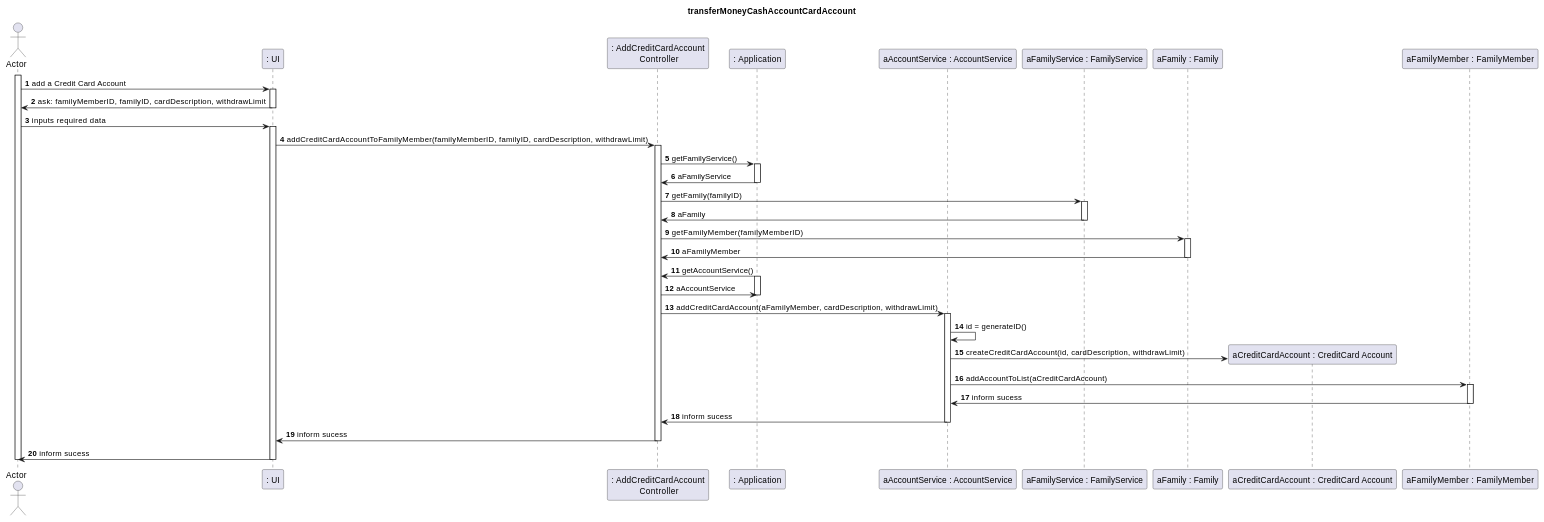
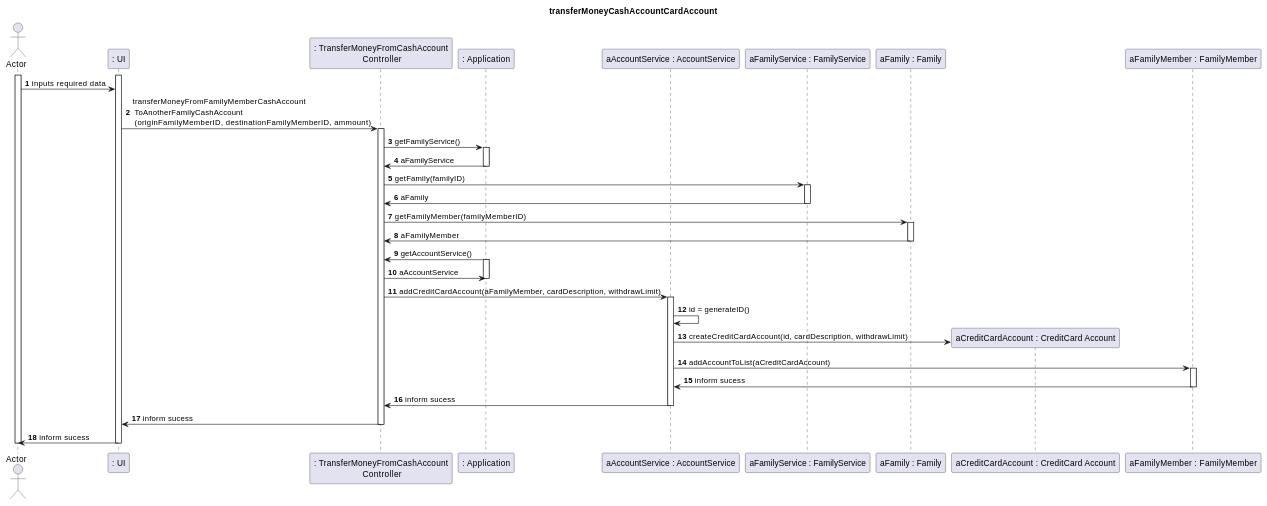
The third of 4 diagrams in docs/sprint2/user_stories/US180_TransferMoneyFamilyMemberToFamilyMember.md (tomas-osswald/switch_2020_g3), drawn with PlantUML before and after one commit. The commit also changed 1 other file, not shown here.

Commit message:
added TransferMoney method to AccountService

````diff
--- a/docs/sprint2/user_stories/US180_TransferMoneyFamilyMemberToFamilyMember.md
+++ b/docs/sprint2/user_stories/US180_TransferMoneyFamilyMemberToFamilyMember.md
@@ -131,65 +131,60 @@
 ``` puml
 autonumber 1
 title transferMoneyCashAccountCardAccount
 actor "Actor" as actor
 participant ": UI" as UI
-participant ": AddCreditCardAccount\n Controller" as controller
+participant ": TransferMoneyFromCashAccount\n Controller" as controller
 participant ": Application" as app
 participant "aAccountService : AccountService" as aserv
 participant "aFamilyService : FamilyService" as fserv
 participant "aFamily : Family" as family
 participant "aCreditCardAccount : CreditCard Account" as credit
 participant "aFamilyMember : FamilyMember" as familyMember
 
 activate actor
-actor -> UI : add a Credit Card Account
 activate UI
-UI -> actor : ask: familyMemberID, familyID, cardDescription, withdrawLimit
 deactivate UI
 actor -> UI : inputs required data
-activate UI
-UI -> controller : addCreditCardAccountToFamilyMember(familyMemberID, familyID, cardDescription, withdrawLimit)
-
+UI -> controller : transferMoneyFromFamilyMemberCashAccount \n ToAnotherFamilyCashAccount \n (originFamilyMemberID,  destinationFamilyMemberID, ammount)
 activate controller
 controller -> app : getFamilyService()
 activate app
 app -> controller : aFamilyService
 deactivate app
-
 controller -> fserv : getFamily(familyID)
 activate fserv
 fserv -> controller : aFamily
 deactivate fserv
 
 controller -> family : getFamilyMember(familyMemberID)
 activate family
 family -> controller : aFamilyMember
 deactivate family
 
 app -> controller : getAccountService()
 activate app
 controller -> app : aAccountService
 deactivate app
 
 
 controller -> aserv : addCreditCardAccount(aFamilyMember, cardDescription, withdrawLimit)
 activate aserv
 
 aserv -> aserv : id = generateID()
 
 aserv -> credit** : createCreditCardAccount(id, cardDescription, withdrawLimit)
 
 aserv -> familyMember : addAccountToList(aCreditCardAccount)
 activate familyMember 
 familyMember -> aserv : inform sucess
 deactivate familyMember
 aserv -> controller : inform sucess
 deactivate aserv
 
 controller -> UI : inform sucess
 deactivate controller
 
 UI -> actor : inform sucess
 deactivate UI
 deactivate actor
 ```
````
